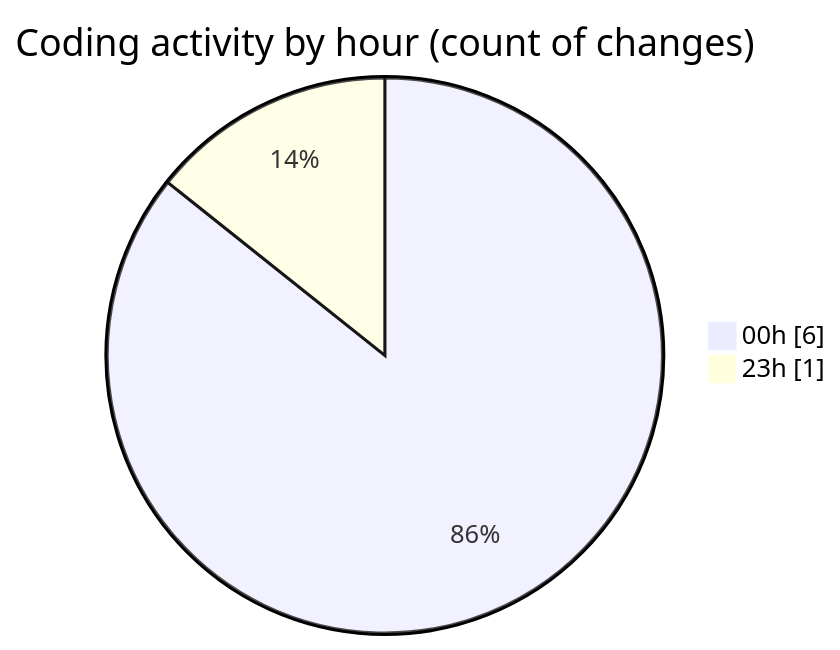
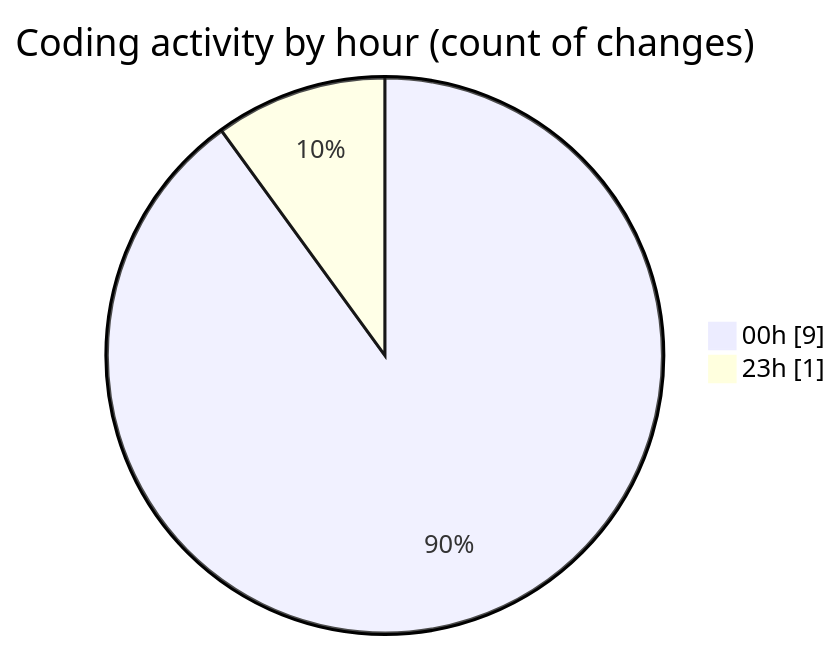
The second of 2 diagrams in 2025-08-04/studybuddy/README.md (lephambinh05/code-tracking), drawn with Mermaid before and after one commit. The commit also changed other lines of this file and 1 other file, not shown here.

````diff
--- a/2025-08-04/studybuddy/README.md
+++ b/2025-08-04/studybuddy/README.md
@@ -29,6 +30,6 @@
 ```mermaid
 pie showData
 title Coding activity by hour (count of changes)
-"00h" : 6
+"00h" : 9
 "23h" : 1
 ```
````
